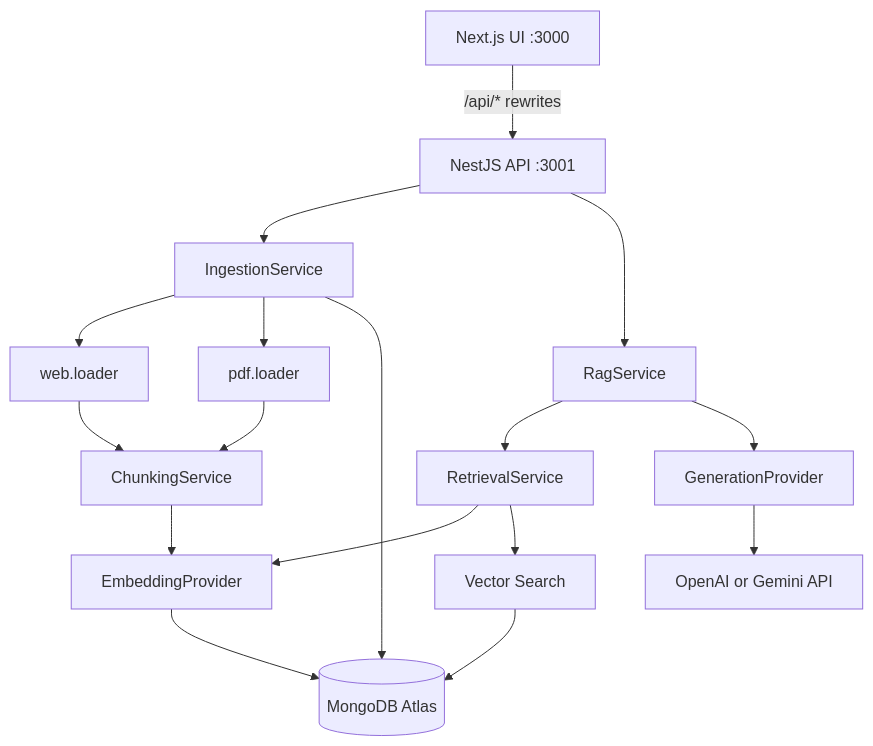
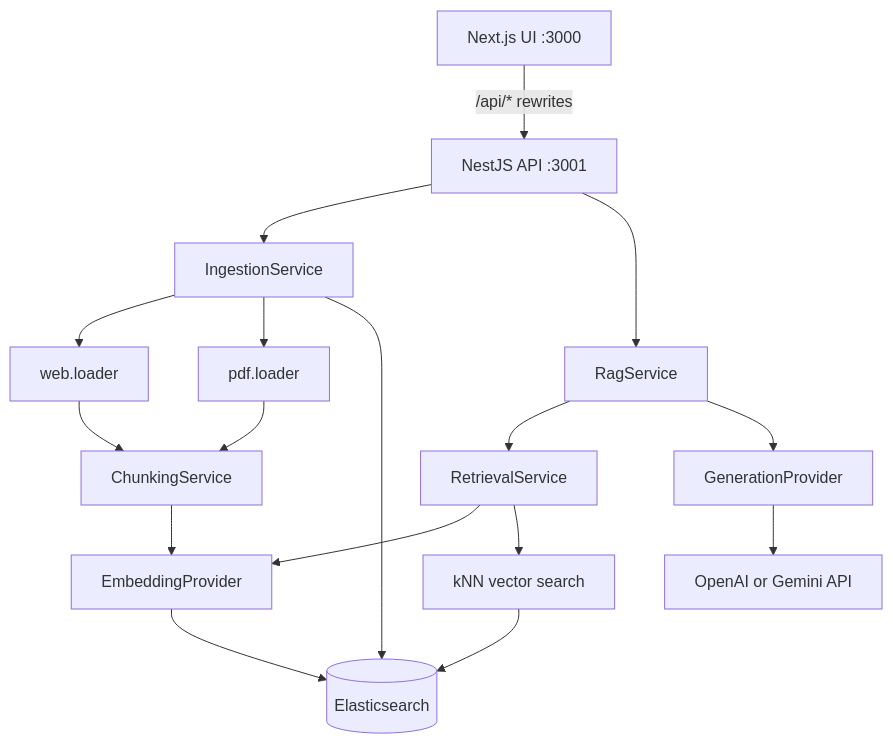
Before and after one commit to 12dkaskar/rag-scrapper-solution: the diagram in docs/architecture.md, drawn with Mermaid. The commit also changed other lines of this file and 30 other files, not shown here.

Commit message:
elasticsearch and kibana integration replacing mongo atlas

````diff
--- a/docs/architecture.md
+++ b/docs/architecture.md
@@ -5,19 +5,19 @@
 ```mermaid
 flowchart TD
     Browser[Next.js UI :3000] -->|"/api/* rewrites"| Nest[NestJS API :3001]
     Nest --> Ingest[IngestionService]
     Nest --> Rag[RagService]
     Ingest --> Web[web.loader]
     Ingest --> Pdf[pdf.loader]
     Web --> Chunk[ChunkingService]
     Pdf --> Chunk
     Chunk --> Embed[EmbeddingProvider]
-    Embed --> Atlas[(MongoDB Atlas)]
-    Ingest --> Atlas
+    Embed --> ES[(Elasticsearch)]
+    Ingest --> ES
     Rag --> Retrieve[RetrievalService]
     Retrieve --> Embed
-    Retrieve --> VSearch[Vector Search]
-    VSearch --> Atlas
+    Retrieve --> VSearch[kNN vector search]
+    VSearch --> ES
     Rag --> Gen[GenerationProvider]
     Gen --> LLM[OpenAI or Gemini API]
 ```
````
